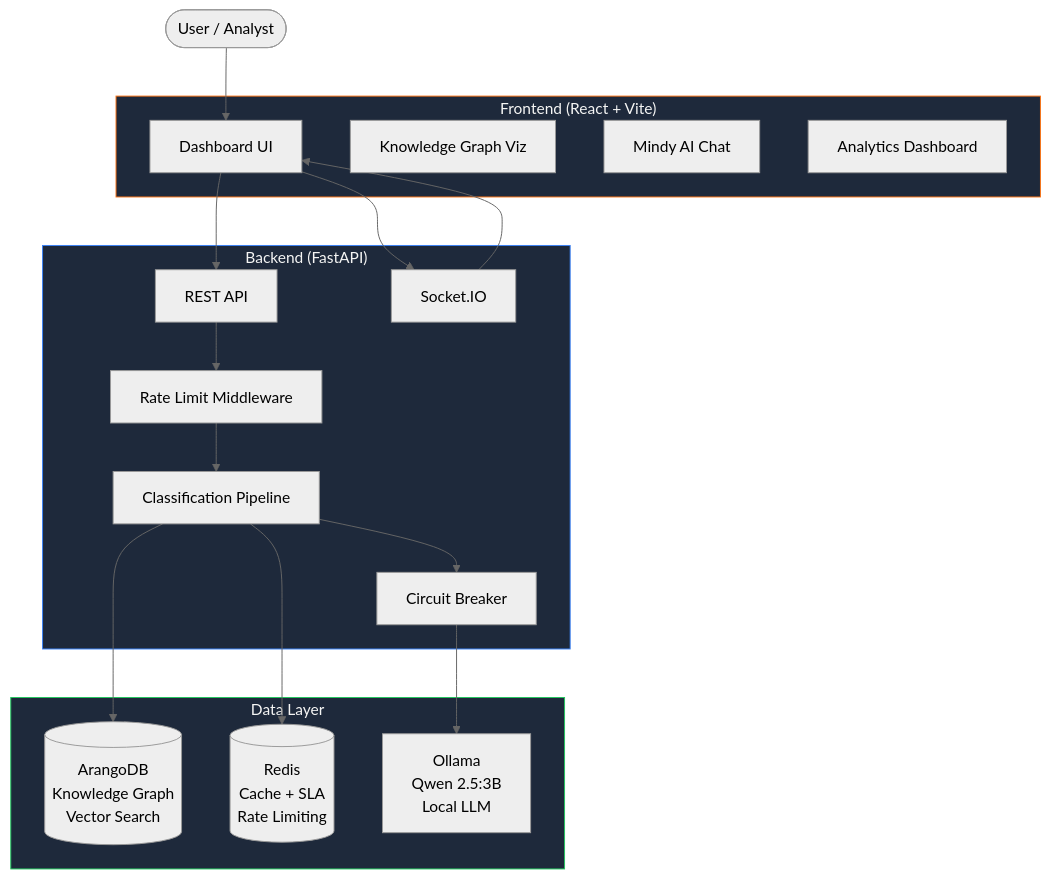
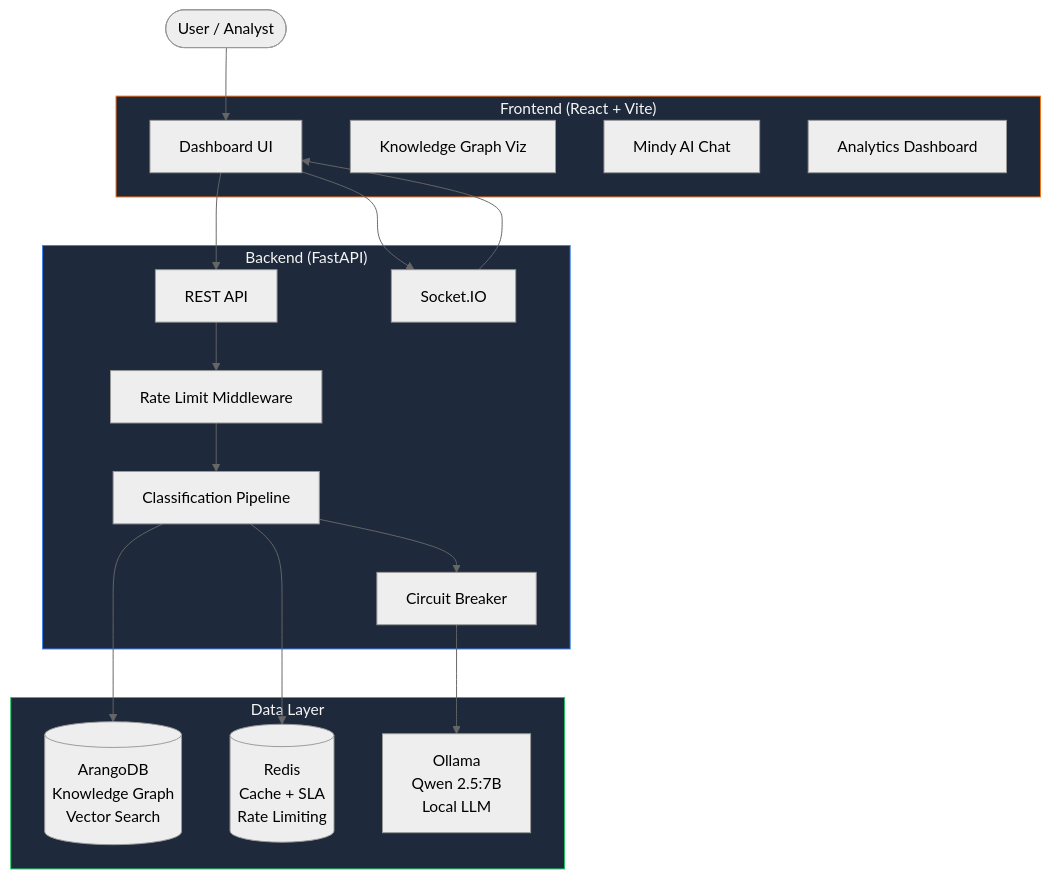
Before and after one commit to arif-asadullah/AI-Ticket-Routing: the first of 6 diagrams in docs/diagrams/README.md, drawn with Mermaid (neutral theme). The commit also changed other lines of this file and 24 other files, not shown here.

````diff
--- a/docs/diagrams/README.md
+++ b/docs/diagrams/README.md
@@ -9,38 +9,38 @@
 ```mermaid
 graph TB
     User([User / Analyst])
 
     subgraph Frontend["Frontend (React + Vite)"]
         UI[Dashboard UI]
         Graph[Knowledge Graph Viz]
         Chat[Mindy AI Chat]
         Analytics[Analytics Dashboard]
     end
 
     subgraph Backend["Backend (FastAPI)"]
         API[REST API]
         WS[Socket.IO]
         Pipeline[Classification Pipeline]
         MW[Rate Limit Middleware]
         CB[Circuit Breaker]
     end
 
     subgraph Data["Data Layer"]
         Arango[(ArangoDB\nKnowledge Graph\nVector Search)]
         Redis[(Redis\nCache + SLA\nRate Limiting)]
-        Ollama[Ollama\nQwen 2.5:3B\nLocal LLM]
+        Ollama[Ollama\nQwen 2.5:7B\nLocal LLM]
     end
 
     User --> UI
     UI --> API
     UI --> WS
     API --> MW --> Pipeline
     Pipeline --> CB --> Ollama
     Pipeline --> Arango
     Pipeline --> Redis
     WS --> UI
 
     style Frontend fill:#1e293b,stroke:#F97316,color:#f5f5f4
     style Backend fill:#1e293b,stroke:#3b82f6,color:#f5f5f4
     style Data fill:#1e293b,stroke:#22c55e,color:#f5f5f4
 ```
````
